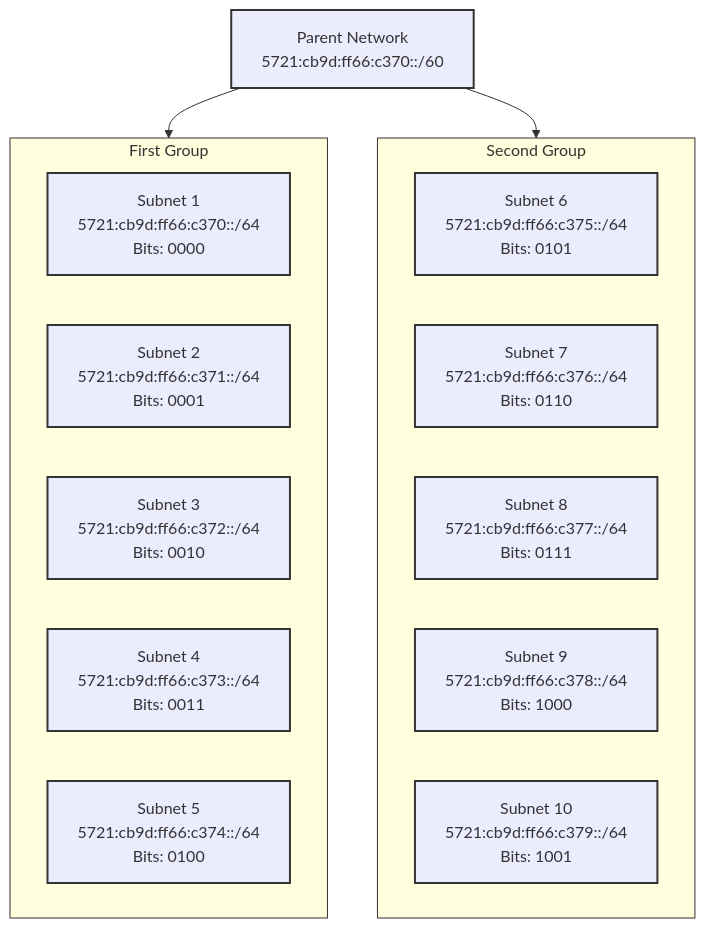
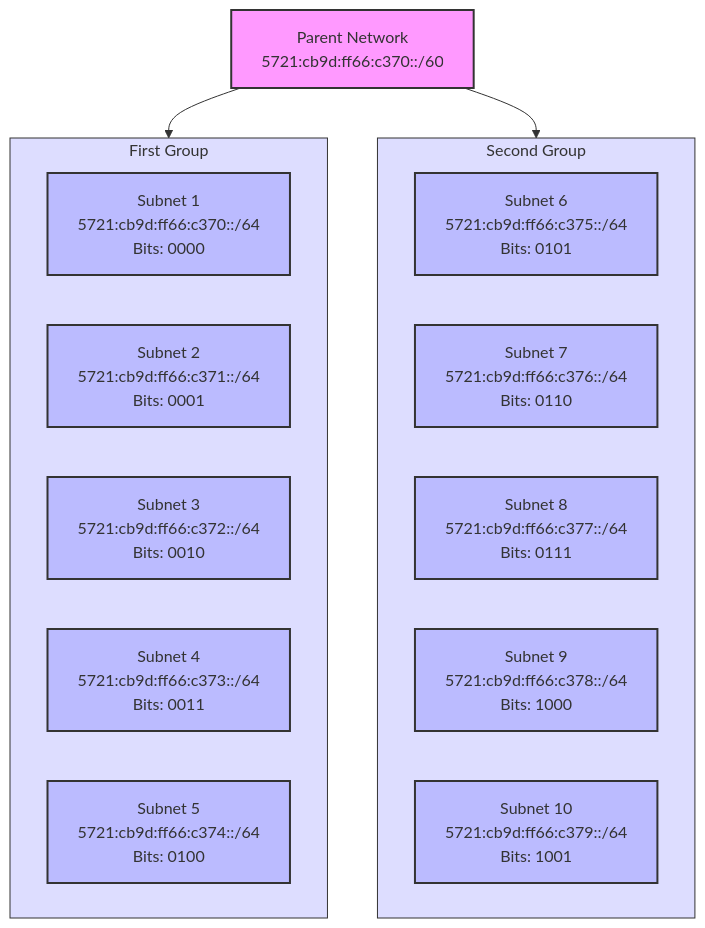
Before and after one commit to PanagopoulosNikolaos/DitOpenNotes: the eighth of 9 diagrams in Year_1/Semester_2/NETWORKING/Resources/Notes/5. Subnetting.md, drawn with Mermaid. The commit also changed other lines of this file and 61 other files, not shown here.

````diff
--- a/Year_1/Semester_2/NETWORKING/Resources/Notes/5. Subnetting.md
+++ b/Year_1/Semester_2/NETWORKING/Resources/Notes/5. Subnetting.md
@@ -659,35 +659,35 @@
 ```Mermaid
 graph TD
     A[Parent Network<br>5721:cb9d:ff66:c370::/60] --> Group1
     A --> Group2
 
     subgraph Group1["First Group"]
         B[Subnet 1<br>5721:cb9d:ff66:c370::/64<br>Bits: 0000]
         C[Subnet 2<br>5721:cb9d:ff66:c371::/64<br>Bits: 0001]
         D[Subnet 3<br>5721:cb9d:ff66:c372::/64<br>Bits: 0010]
         E[Subnet 4<br>5721:cb9d:ff66:c373::/64<br>Bits: 0011]
         F[Subnet 5<br>5721:cb9d:ff66:c374::/64<br>Bits: 0100]
     end
 
     subgraph Group2["Second Group"]
         G[Subnet 6<br>5721:cb9d:ff66:c375::/64<br>Bits: 0101]
         H[Subnet 7<br>5721:cb9d:ff66:c376::/64<br>Bits: 0110]
         I[Subnet 8<br>5721:cb9d:ff66:c377::/64<br>Bits: 0111]
         J[Subnet 9<br>5721:cb9d:ff66:c378::/64<br>Bits: 1000]
         K[Subnet 10<br>5721:cb9d:ff66:c379::/64<br>Bits: 1001]
     end
 
-    style A fill:\#f9f,stroke:#333,stroke-width:2px
-    style Group1 fill:\#ddf,stroke:#333,stroke-width:1px
-    style Group2 fill:\#ddf,stroke:#333,stroke-width:1px
-    style B fill:\#bbf,stroke:#333,stroke-width:2px
-    style C fill:\#bbf,stroke:#333,stroke-width:2px
-    style D fill:\#bbf,stroke:#333,stroke-width:2px
-    style E fill:\#bbf,stroke:#333,stroke-width:2px
-    style F fill:\#bbf,stroke:#333,stroke-width:2px
-    style G fill:\#bbf,stroke:#333,stroke-width:2px
-    style H fill:\#bbf,stroke:#333,stroke-width:2px
-    style I fill:\#bbf,stroke:#333,stroke-width:2px
-    style J fill:\#bbf,stroke:#333,stroke-width:2px
-    style K fill:\#bbf,stroke:#333,stroke-width:2px
+    style A fill:#f9f,stroke:#333,stroke-width:2px
+    style Group1 fill:#ddf,stroke:#333,stroke-width:1px
+    style Group2 fill:#ddf,stroke:#333,stroke-width:1px
+    style B fill:#bbf,stroke:#333,stroke-width:2px
+    style C fill:#bbf,stroke:#333,stroke-width:2px
+    style D fill:#bbf,stroke:#333,stroke-width:2px
+    style E fill:#bbf,stroke:#333,stroke-width:2px
+    style F fill:#bbf,stroke:#333,stroke-width:2px
+    style G fill:#bbf,stroke:#333,stroke-width:2px
+    style H fill:#bbf,stroke:#333,stroke-width:2px
+    style I fill:#bbf,stroke:#333,stroke-width:2px
+    style J fill:#bbf,stroke:#333,stroke-width:2px
+    style K fill:#bbf,stroke:#333,stroke-width:2px
 ```
````
